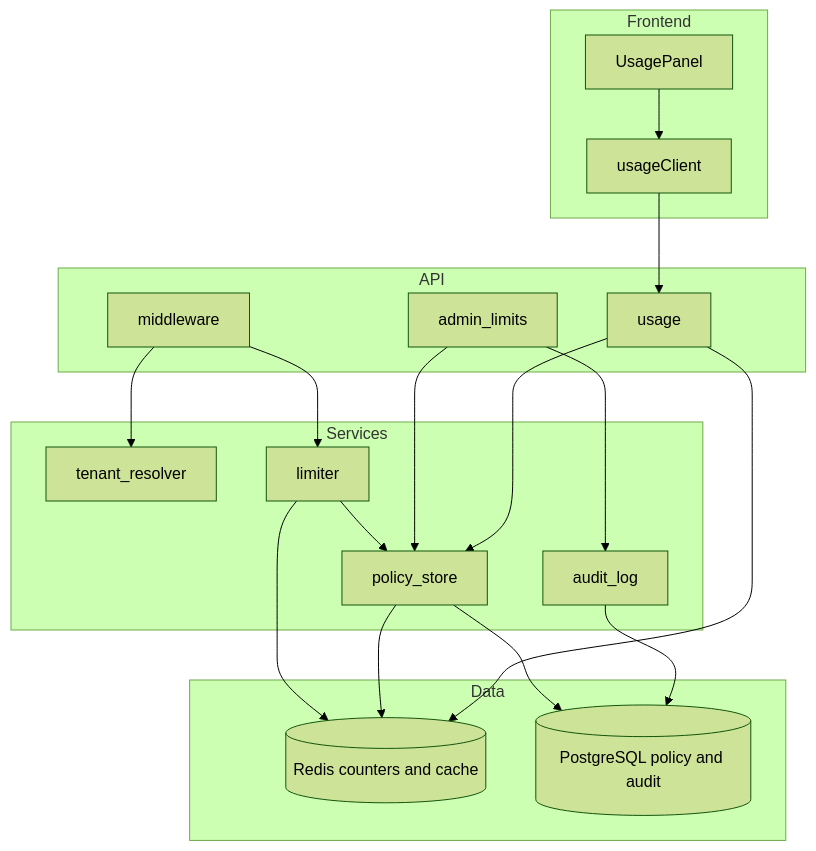
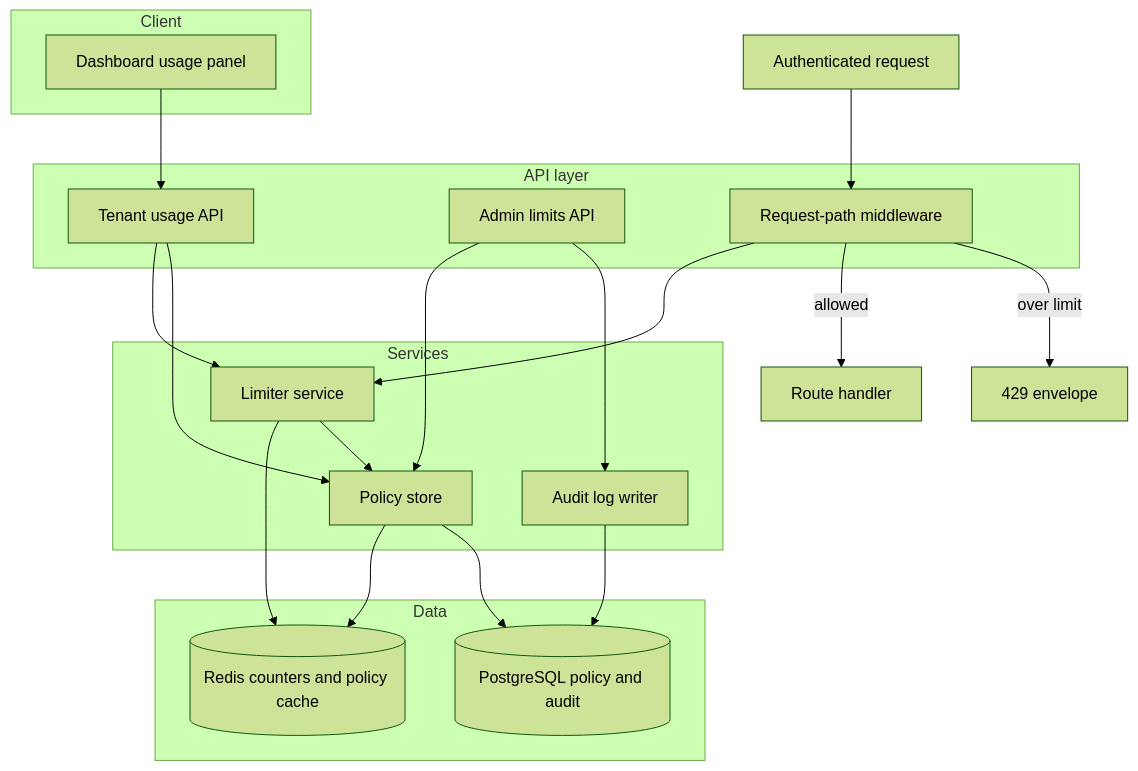
The first of 5 diagrams in examples/specs/001-tenant-rate-limiting/product/30-design.md (d0whc3r/spec-kit-product), drawn with Mermaid (forest theme) before and after one commit. The commit also changed other lines of this file and 4 other files, not shown here.

First line of the commit message:
Refactor technical design and checklist for Per-Tenant API Rate Limiting feature

````diff
--- a/examples/specs/001-tenant-rate-limiting/product/30-design.md
+++ b/examples/specs/001-tenant-rate-limiting/product/30-design.md
@@ -46,35 +43,37 @@
 ```mermaid
 flowchart TD
-    subgraph Frontend
-        UsagePanel[UsagePanel]
-        UsageClient[usageClient]
+    Req[Authenticated request]
+    subgraph "API layer"
+        MW[Request-path middleware]
+        AdminAPI[Admin limits API]
+        UsageAPI[Tenant usage API]
     end
-    subgraph API
-        Middleware[middleware]
-        AdminLimits[admin_limits]
-        UsageAPI[usage]
+    subgraph "Services"
+        Limiter[Limiter service]
+        Policy[Policy store]
+        Audit[Audit log writer]
     end
-    subgraph Services
-        TenantResolver[tenant_resolver]
-        Limiter[limiter]
-        PolicyStore[policy_store]
-        AuditLog[audit_log]
+    subgraph "Data"
+        Redis[(Redis counters and policy cache)]
+        PG[(PostgreSQL policy and audit)]
     end
-    subgraph Data
-        Redis[(Redis counters and cache)]
-        Postgres[(PostgreSQL policy and audit)]
+    subgraph "Client"
+        UI[Dashboard usage panel]
     end
-    UsagePanel --> UsageClient
-    UsageClient --> UsageAPI
-    Middleware --> TenantResolver
-    Middleware --> Limiter
-    Limiter --> PolicyStore
+    Handler[Route handler]
+    Resp[429 envelope]
+    Req --> MW
+    MW --> Limiter
     Limiter --> Redis
-    PolicyStore --> Redis
-    PolicyStore --> Postgres
-    AdminLimits --> PolicyStore
-    AdminLimits --> AuditLog
-    AuditLog --> Postgres
-    UsageAPI --> PolicyStore
-    UsageAPI --> Redis
+    Limiter --> Policy
+    Policy --> Redis
+    Policy --> PG
+    MW -->|allowed| Handler
+    MW -->|over limit| Resp
+    AdminAPI --> Policy
+    AdminAPI --> Audit
+    Audit --> PG
+    UI --> UsageAPI
+    UsageAPI --> Limiter
+    UsageAPI --> Policy
 ```
````
